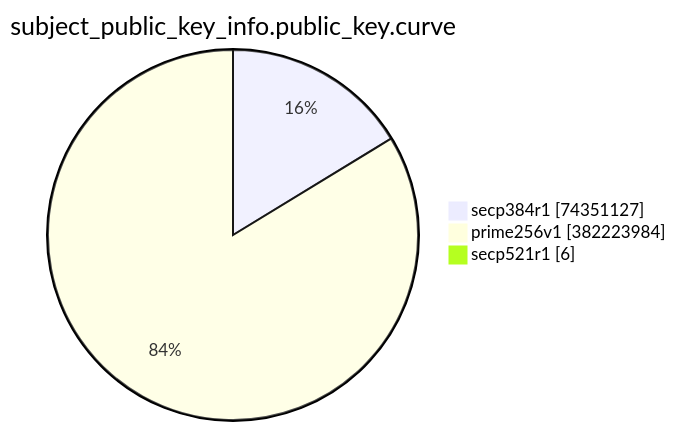
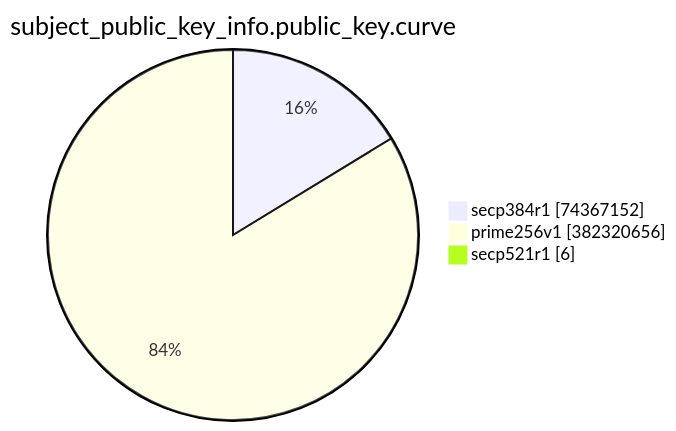
Before and after one commit to christiankrug/ctmonitor_visualization: the eighth of 15 diagrams in TOTAL/README.md, drawn with Mermaid. The commit also changed other lines of this file, not shown here.

````diff
--- a/TOTAL/README.md
+++ b/TOTAL/README.md
@@ -3094,7 +3094,7 @@
 ```mermaid
 pie showData
 title subject_public_key_info.public_key.curve
-"secp384r1" :74351127
-"prime256v1" :382223984
+"secp384r1" :74367152
+"prime256v1" :382320656
 "secp521r1" :6
 ```
````
